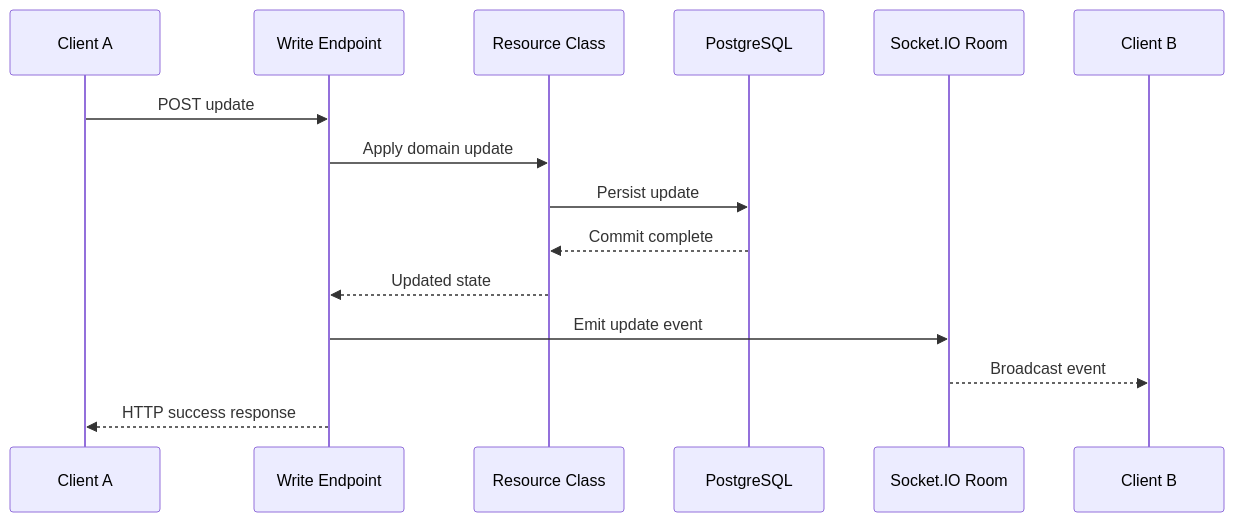
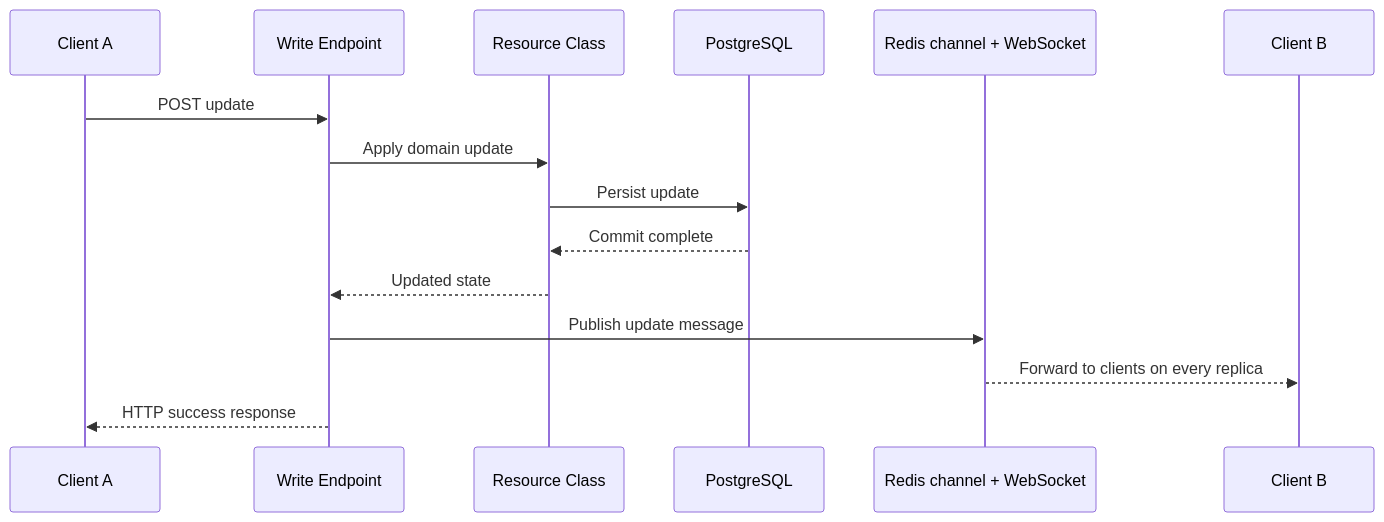
The third of 7 diagrams in diagrams.md (Maxcasa/bollettino_cfd_backend), drawn with Mermaid before and after one commit. The commit also changed other lines of this file and 5 other files, not shown here.

````diff
--- a/diagrams.md
+++ b/diagrams.md
@@ -57,18 +58,18 @@
 ```mermaid
 sequenceDiagram
     participant EditorA as Client A
     participant Route as Write Endpoint
     participant Resource as Resource Class
     participant DB as PostgreSQL
-    participant Socket as Socket.IO Room
+    participant Socket as Redis channel + WebSocket
     participant EditorB as Client B
 
     EditorA->>Route: POST update
     Route->>Resource: Apply domain update
     Resource->>DB: Persist update
     DB-->>Resource: Commit complete
     Resource-->>Route: Updated state
-    Route->>Socket: Emit update event
-    Socket-->>EditorB: Broadcast event
+    Route->>Socket: Publish update message
+    Socket-->>EditorB: Forward to clients on every replica
     Route-->>EditorA: HTTP success response
 ```
````
